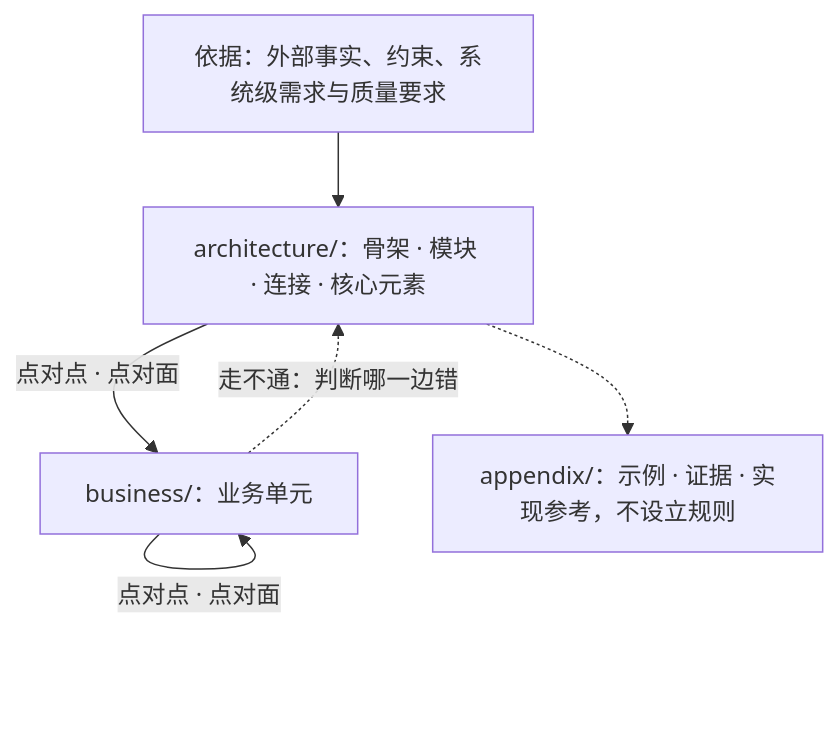
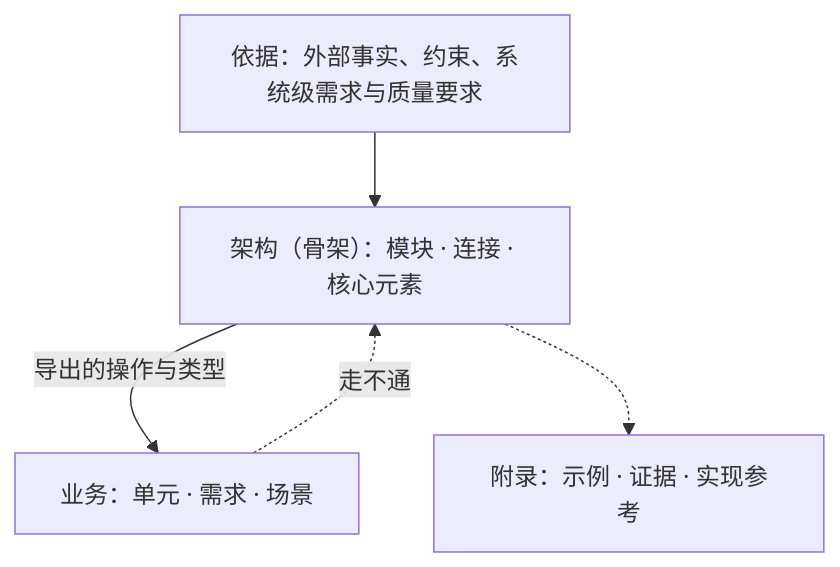
Before and after one commit to mouriya-s-lab/SSoT: the first of 3 diagrams in skills/software-design/SKILL.md, drawn with Mermaid. The commit also changed other lines of this file and 9 other files, not shown here.

````diff
--- a/skills/software-design/SKILL.md
+++ b/skills/software-design/SKILL.md
@@ -56,8 +34,7 @@
 ```mermaid
 flowchart TB
-    G["依据：外部事实、约束、系统级需求与质量要求"] --> A["architecture/：骨架 · 模块 · 连接 · 核心元素"]
-    A -->|"点对点 · 点对面"| B["business/：业务单元"]
-    B -->|"点对点 · 点对面"| B
-    B -.->|"走不通：判断哪一边错"| A
-    A -.-> X["appendix/：示例 · 证据 · 实现参考，不设立规则"]
+    G["依据：外部事实、约束、系统级需求与质量要求"] --> A["架构（骨架）：模块 · 连接 · 核心元素"]
+    A -->|"导出的操作与类型"| B["业务：单元 · 需求 · 场景"]
+    B -.->|"走不通"| A
+    A -.-> X["附录：示例 · 证据 · 实现参考"]
 ```
````
